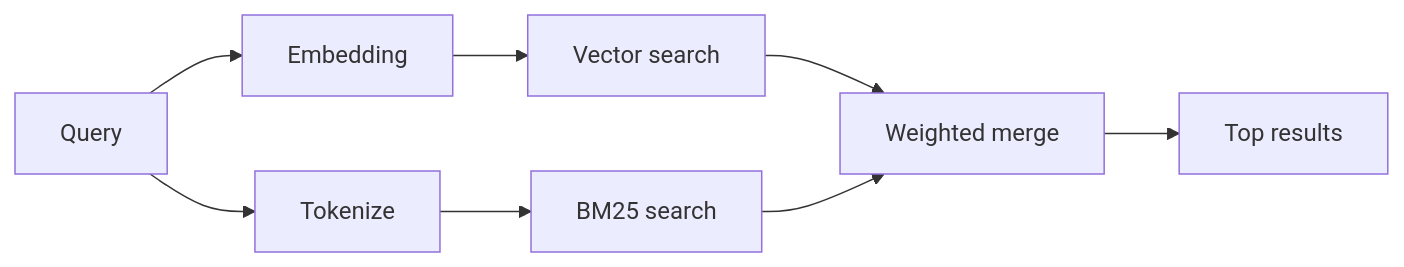
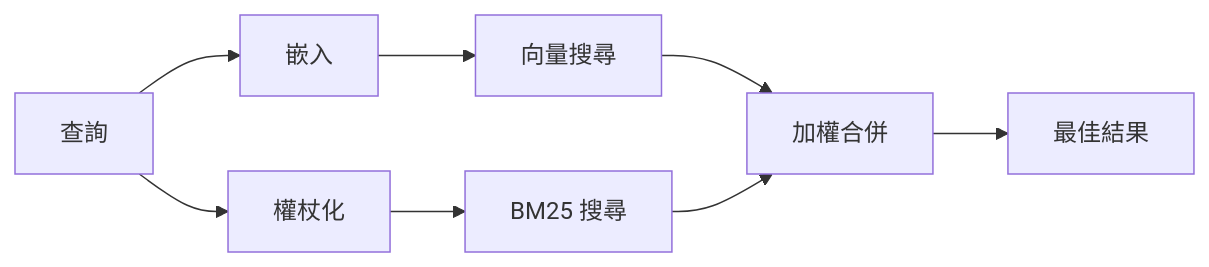
Before and after one commit to openclaw/docs: the diagram in docs/zh-TW/concepts/memory-search.md, drawn with Mermaid. The commit also changed other lines of this file and 3456 other files, not shown here.

````diff
--- a/docs/zh-TW/concepts/memory-search.md
+++ b/docs/zh-TW/concepts/memory-search.md
@@ -68,10 +69,10 @@
 ```mermaid
 flowchart LR
-    Q["Query"] --> E["Embedding"]
-    Q --> T["Tokenize"]
-    E --> VS["Vector search"]
-    T --> BM["BM25 search"]
-    VS --> M["Weighted merge"]
+    Q["查詢"] --> E["嵌入"]
+    Q --> T["權杖化"]
+    E --> VS["向量搜尋"]
+    T --> BM["BM25 搜尋"]
+    VS --> M["加權合併"]
     BM --> M
-    M --> R["Top results"]
+    M --> R["最佳結果"]
 ```
````
